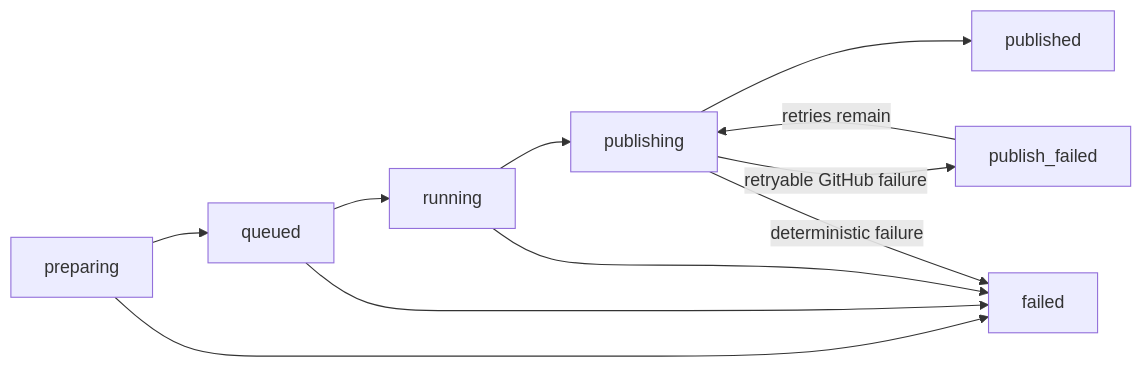
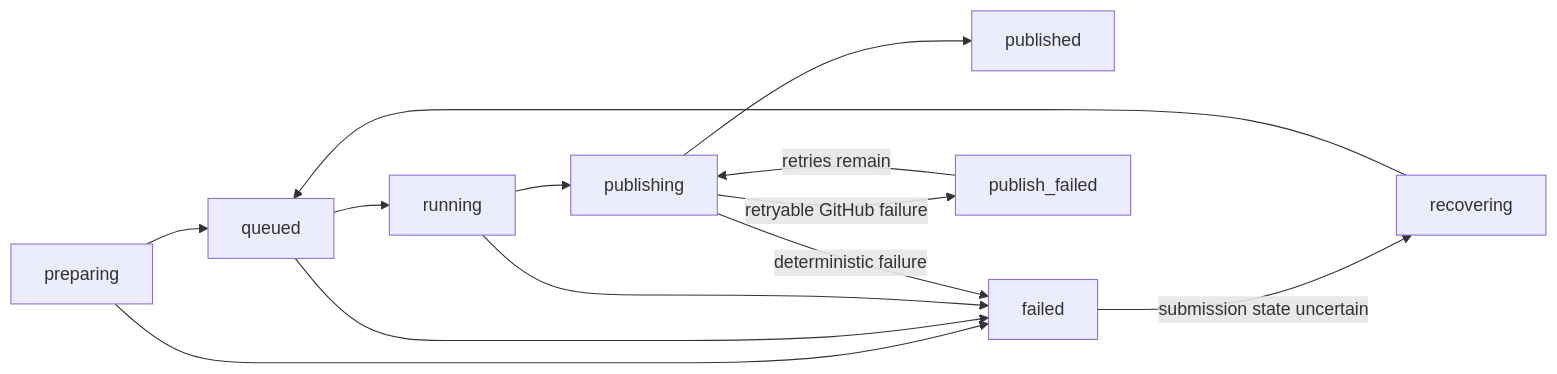
Before and after one commit to Agent-AI-Chalmers/sec-review-bot: the second of 2 diagrams in apps/github-integration/README.md, drawn with Mermaid. The commit also changed other lines of this file and 14 other files, not shown here.

````diff
--- a/apps/github-integration/README.md
+++ b/apps/github-integration/README.md
@@ -225,10 +225,12 @@
 ```mermaid
 flowchart LR
   preparing --> queued --> running --> publishing --> published
   preparing --> failed
+  failed -->|submission state uncertain| recovering
+  recovering --> queued
   queued --> failed
   running --> failed
   publishing -->|deterministic failure| failed
   publishing -->|retryable GitHub failure| publish_failed
   publish_failed -->|retries remain| publishing
 ```
````
